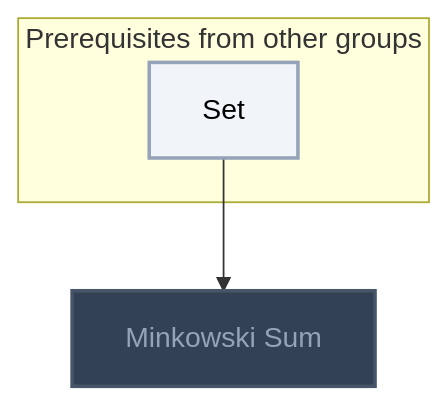
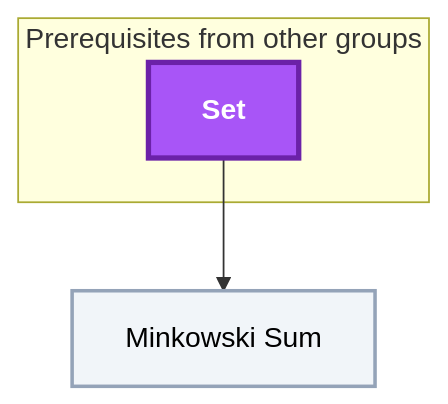
One commit to MRauf1/My-Notes changed the third of 3 diagrams in Gamification/Skill Trees/Geometry.md. Above: the diagram before and after it, drawn with Mermaid. The commit also changed other lines of this file and 156 other files, not shown here.

````diff
--- a/Gamification/Skill Trees/Geometry.md
+++ b/Gamification/Skill Trees/Geometry.md
@@ -63,20 +64,20 @@
 ```mermaid
 flowchart TD
     classDef planned fill:#1E293B,stroke:#64748B,stroke-width:2px,stroke-dasharray:5 5,color:#94A3B8;
     classDef locked fill:#334155,stroke:#475569,stroke-width:2px,color:#94A3B8;
     classDef L0 fill:#F1F5F9,stroke:#94A3B8,stroke-width:2px,color:#000000;
     classDef L1 fill:#22C55E,stroke:#15803D,stroke-width:2px,color:#000000;
     classDef L2 fill:#3B82F6,stroke:#1D4ED8,stroke-width:3px,color:#FFFFFF;
     classDef L3 fill:#A855F7,stroke:#6B21A8,stroke-width:3px,color:#FFFFFF,font-weight:bold;
     classDef L4 fill:#F97316,stroke:#C2410C,stroke-width:4px,color:#000000,font-weight:bold;
     classDef L5 fill:#FFD700,stroke:#FF8C00,stroke-width:5px,color:#000000,font-weight:bold;
     classDef rusty stroke:#8B4513,stroke-width:4px,stroke-dasharray:3 3;
     subgraph sg_prereqs["Prerequisites from other groups"]
         n_set["Set"]
     end
     n_minkowski_sum["Minkowski Sum"]
     n_set --> n_minkowski_sum
-    class n_minkowski_sum locked;
-    class n_set L0;
+    class n_minkowski_sum L0;
+    class n_set L3;
     class n_set,n_minkowski_sum internal-link;
 ```
````
